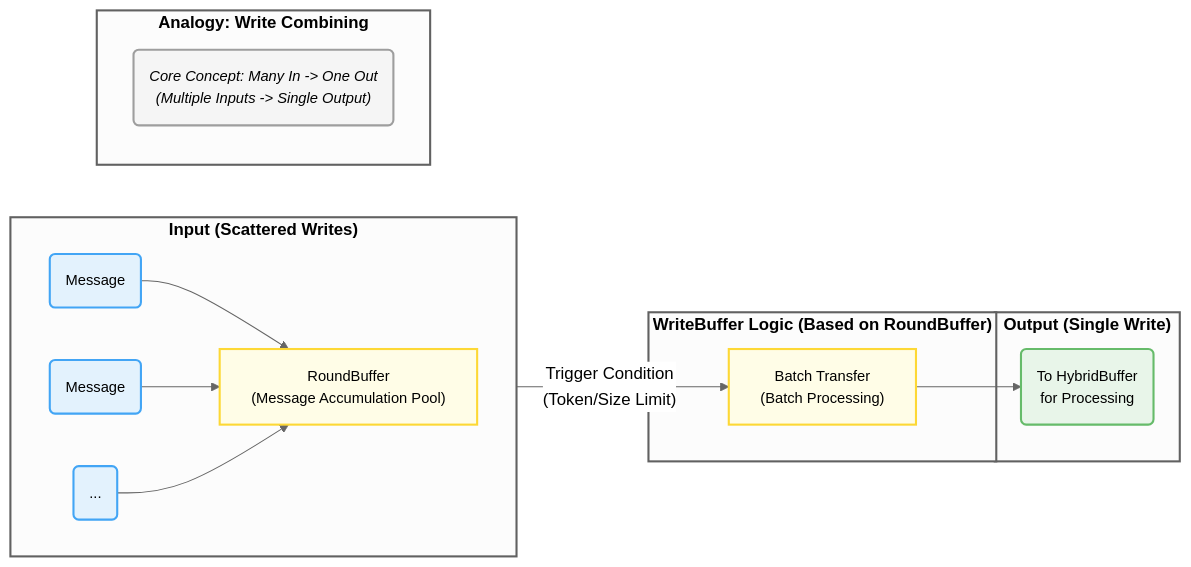
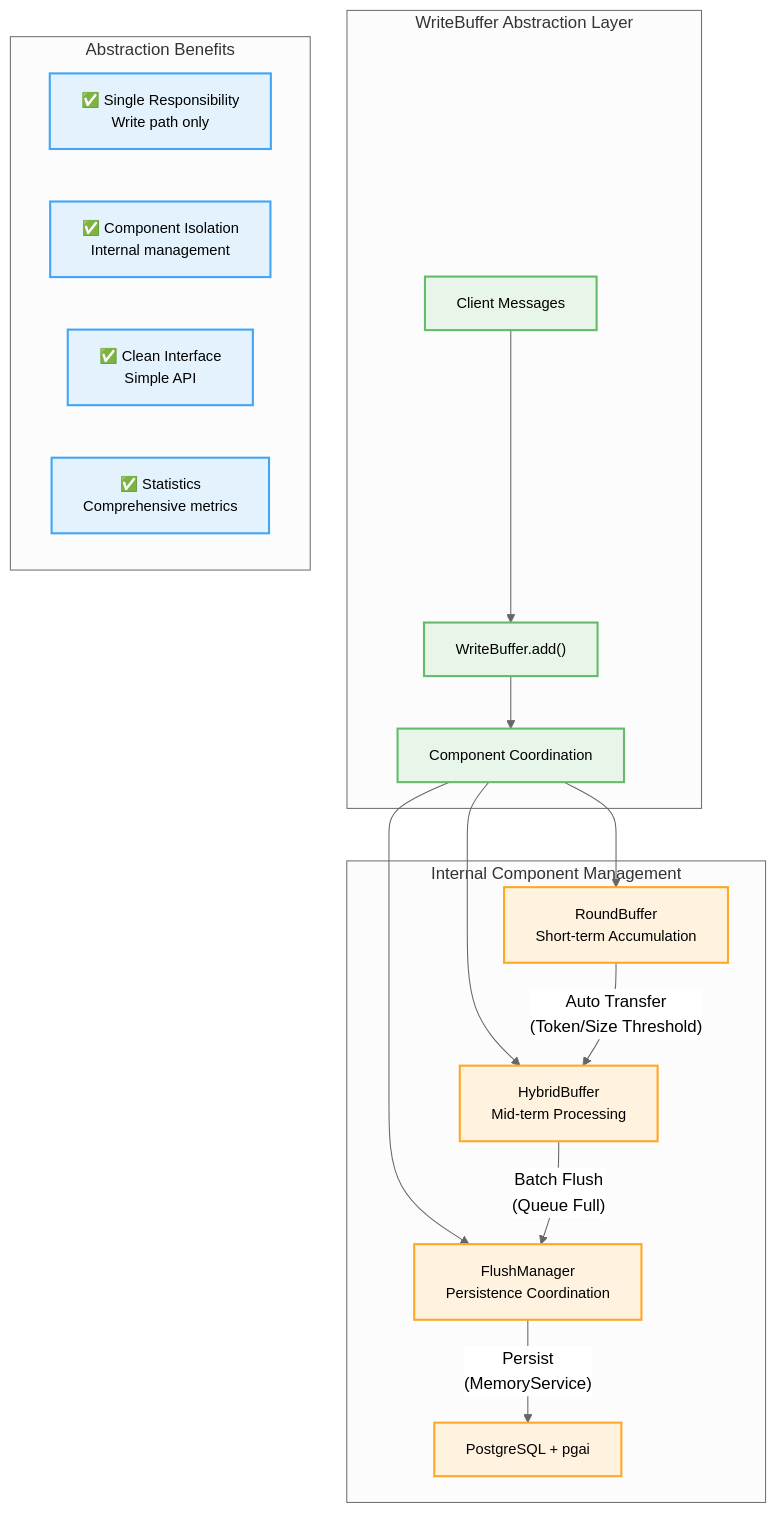
Diagram 11 of 25 in docs/architecture/buffer.md (memfuse/memfuse), drawn with Mermaid (neutral theme) before and after one commit. The commit also changed other lines of this file and 13 other files, not shown here.

First line of the commit message:
refactor(buffer): implement comprehensive architecture refactoring with abstraction layers

````diff
--- a/docs/architecture/buffer.md
+++ b/docs/architecture/buffer.md
@@ -417,39 +465,35 @@
 ```mermaid
-graph LR
-    subgraph input_sub ["Input (Scattered Writes)"]
-        direction LR
-        msg1(Message) --> Buffer
-        msg2(Message) --> Buffer
-        msg3(...) --> Buffer
+graph TB
+    subgraph "WriteBuffer Abstraction Layer"
+        A[Client Messages] --> B["WriteBuffer.add()"]
+        B --> C[Component Coordination]
     end
 
-    subgraph logic_sub ["WriteBuffer Logic (Based on RoundBuffer)"]
-        Buffer["RoundBuffer<br/>(Message Accumulation Pool)"] -- "Trigger Condition<br/>(Token/Size Limit)" --> Transfer["Batch Transfer<br/>(Batch Processing)"]
+    subgraph "Internal Component Management"
+        C --> D[RoundBuffer<br/>Short-term Accumulation]
+        C --> E[HybridBuffer<br/>Mid-term Processing]
+        C --> F[FlushManager<br/>Persistence Coordination]
+
+        D -- "Auto Transfer<br/>(Token/Size Threshold)" --> E
+        E -- "Batch Flush<br/>(Queue Full)" --> F
+        F -- "Persist<br/>(MemoryService)" --> G[PostgreSQL + pgai]
     end
 
-    subgraph output_sub ["Output (Single Write)"]
-        Transfer --> HB("To HybridBuffer<br/>for Processing")
-    end
-
-    subgraph analogy_sub ["Analogy: Write Combining"]
-       A("Core Concept: Many In -> One Out<br/>(Multiple Inputs -> Single Output)")
+    subgraph "Abstraction Benefits"
+        H["✅ Single Responsibility<br/>Write path only"]
+        I["✅ Component Isolation<br/>Internal management"]
+        J["✅ Clean Interface<br/>Simple API"]
+        K["✅ Statistics<br/>Comprehensive metrics"]
     end
 
     %% Styles
     classDef default fill:#fff,stroke:#333,stroke-width:2px,font-size:14px,white-space:nowrap;
     classDef header_style stroke:#616161,stroke-width:2px,color:black,font-weight:bold,font-size:16px,white-space:nowrap;
-    classDef input_node fill:#E3F2FD,stroke:#42A5F5;
-    classDef process_node fill:#FFFDE7,stroke:#FDD835;
-    classDef output_node fill:#E8F5E9,stroke:#66BB6A;
-    classDef analogy_node fill:#F5F5F5,stroke:#9E9E9E,font-style:italic;
+    classDef abstraction_node fill:#E8F5E9,stroke:#66BB6A;
+    classDef component_node fill:#FFF3E0,stroke:#FFA726;
+    classDef benefit_node fill:#E3F2FD,stroke:#42A5F5;
 
-    class msg1,msg2,msg3 input_node;
-    class Buffer,Transfer process_node;
-    class HB output_node;
-    class A analogy_node;
-
-    input_sub:::header_style;
-    logic_sub:::header_style;
-    output_sub:::header_style;
-    analogy_sub:::header_style;
+    class A,B,C abstraction_node;
+    class D,E,F,G component_node;
+    class H,I,J,K benefit_node;
 ```
````
